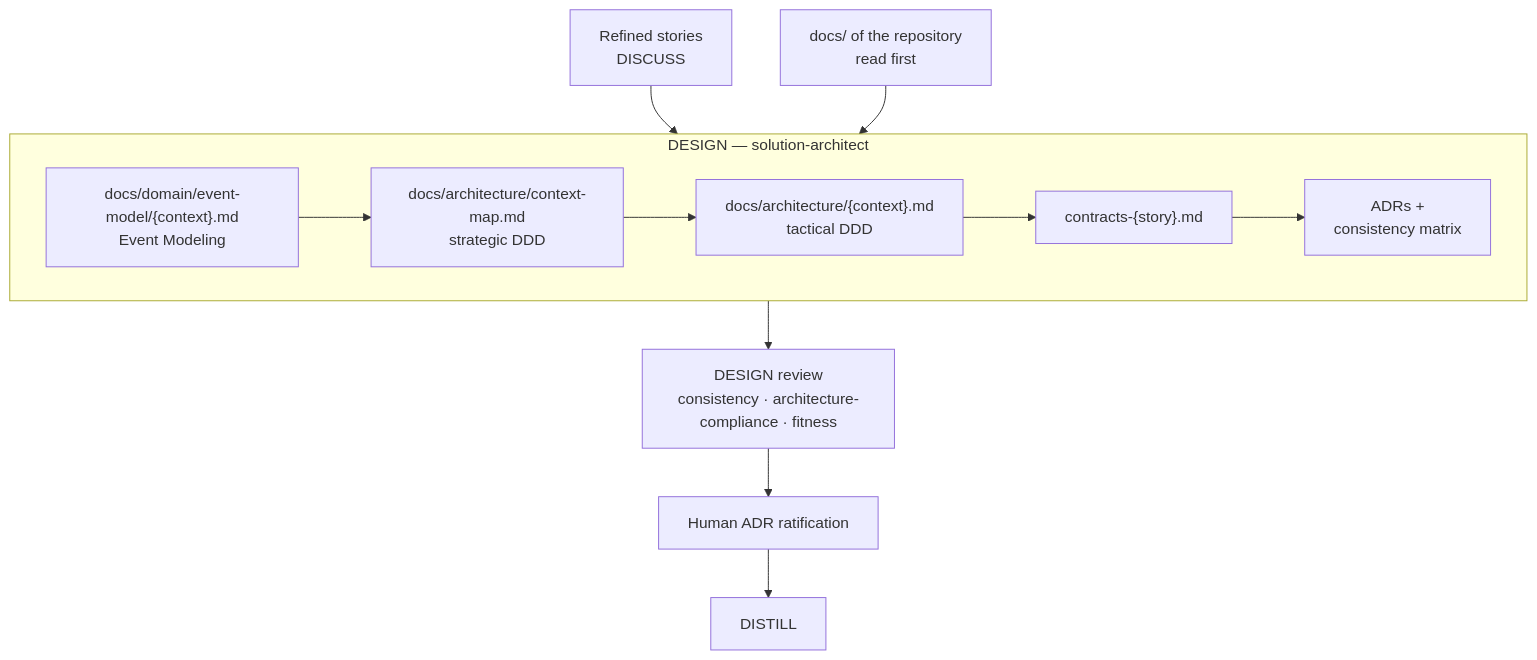
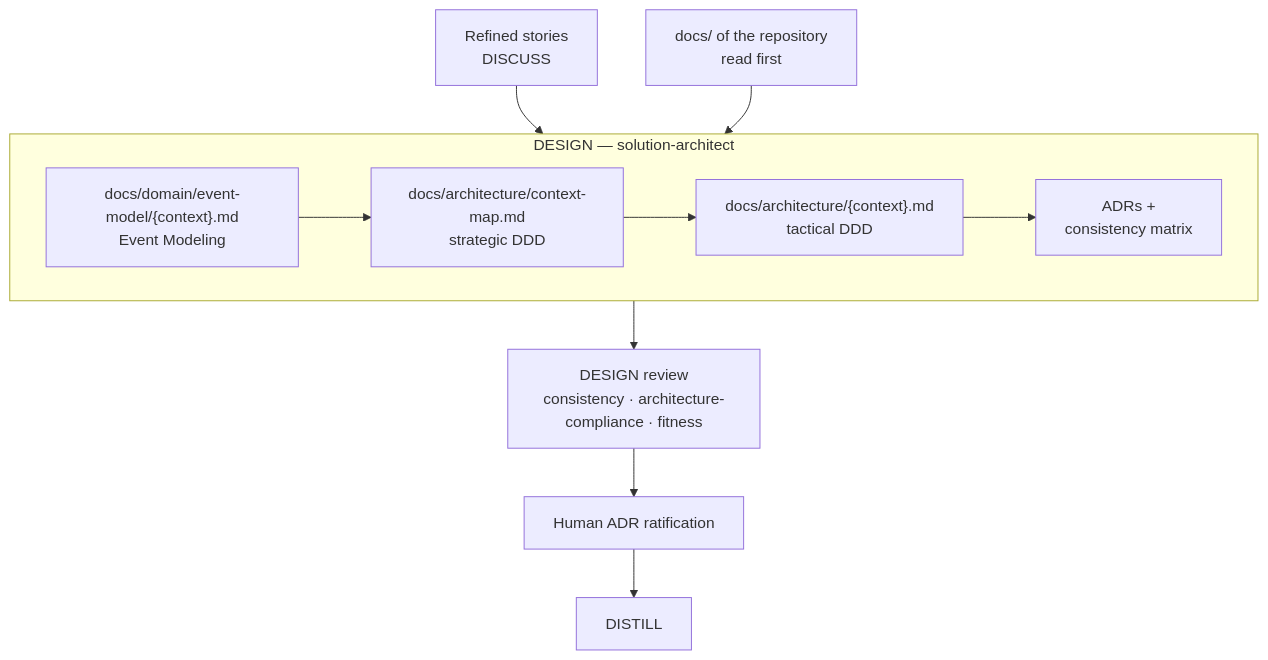
The second of 2 diagrams in docs/website/docs/explanation/domain-driven-design.md (SebastienDegodez/skraft-plugin), drawn with Mermaid before and after one commit. The commit also changed other lines of this file and 56 other files, not shown here.

````diff
--- a/docs/website/docs/explanation/domain-driven-design.md
+++ b/docs/website/docs/explanation/domain-driven-design.md
@@ -112,11 +112,11 @@
 ```mermaid
 flowchart TB
     S["Refined stories<br/>DISCUSS"] --> SA
     D["docs/ of the repository<br/>read first"] --> SA
     subgraph SA["DESIGN — solution-architect"]
         direction LR
-        EM["docs/domain/event-model/{context}.md<br/>Event Modeling"] --> CM["docs/architecture/context-map.md<br/>strategic DDD"] --> TD["docs/architecture/{context}.md<br/>tactical DDD"] --> CT["contracts-{story}.md"] --> MX["ADRs +<br/>consistency matrix"]
+        EM["docs/domain/event-model/{context}.md<br/>Event Modeling"] --> CM["docs/architecture/context-map.md<br/>strategic DDD"] --> TD["docs/architecture/{context}.md<br/>tactical DDD"] --> MX["ADRs +<br/>consistency matrix"]
     end
     SA --> RV["DESIGN review<br/>consistency · architecture-compliance · fitness"]
     RV --> H["Human ADR ratification"] --> DI["DISTILL"]
 ```
````
